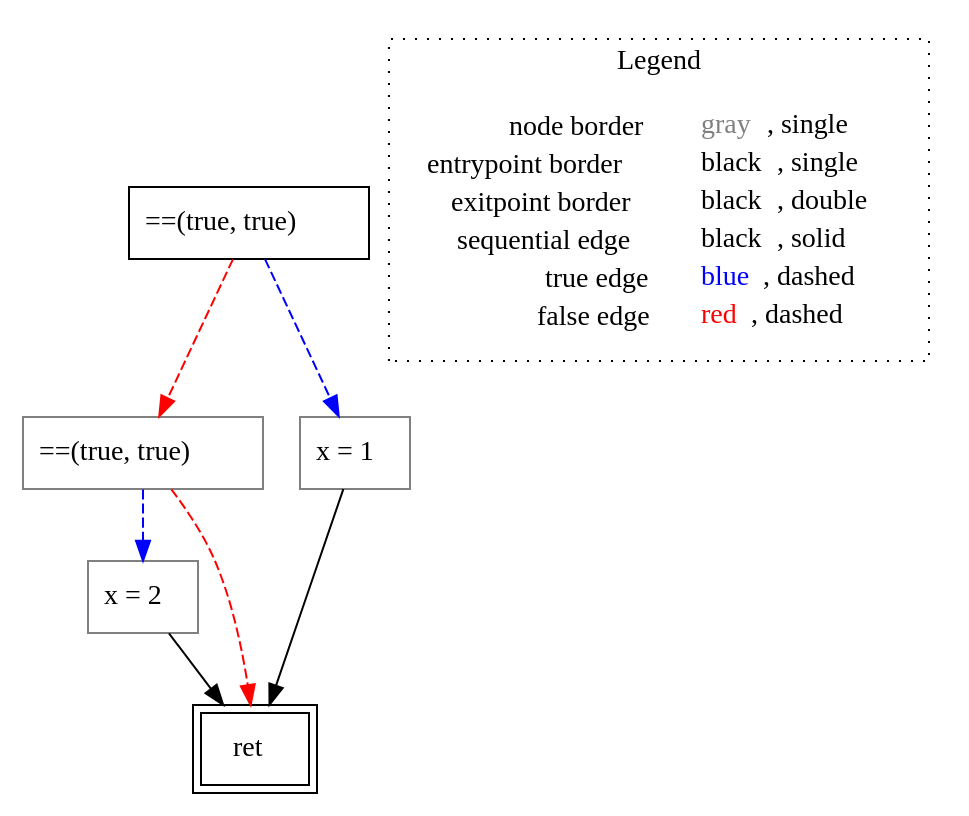
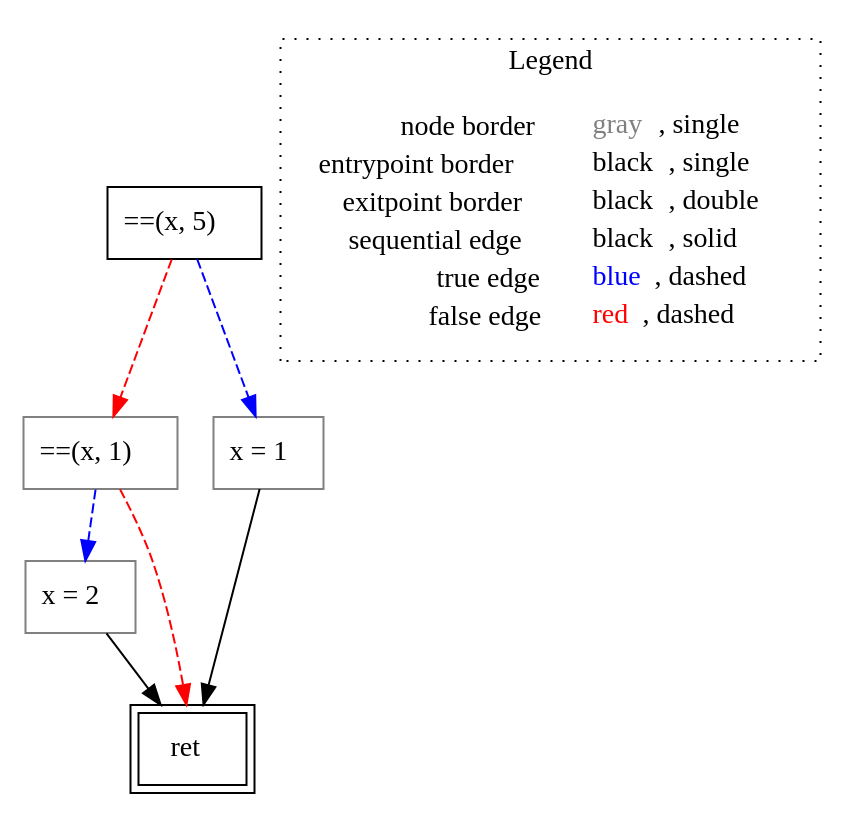
The diagram in rust-lisa/rust-testcases/cfg/if-elseif/untyped_rust-testcases_cfg_if-elseif_if-elseif.rs.main().dot (VincenzoArceri/rust-lisa), drawn with Graphviz before and after one commit. The commit also changed 6 other files, not shown here.

```diff
--- a/rust-lisa/rust-testcases/cfg/if-elseif/untyped_rust-testcases_cfg_if-elseif_if-elseif.rs.main().dot
+++ b/rust-lisa/rust-testcases/cfg/if-elseif/untyped_rust-testcases_cfg_if-elseif_if-elseif.rs.main().dot
@@ -1,20 +1,20 @@
 digraph {
-	"node0" [shape="rect",color="black",label=<==(true, true)>];
-	"node1" [shape="rect",color="gray",label=<==(true, true)>];
-	"node2" [shape="rect",color="gray",label=<x = 2>];
-	"node3" [shape="rect",color="black",peripheries="2",label=<ret>];
-	"node4" [shape="rect",color="gray",label=<x = 1>];
-	"node1" -> "node3" [color="red",style="dashed"];
-	"node1" -> "node2" [color="blue",style="dashed"];
-	"node2" -> "node3" [color="black"];
-	"node4" -> "node3" [color="black"];
-	"node0" -> "node1" [color="red",style="dashed"];
-	"node0" -> "node4" [color="blue",style="dashed"];
+	"node0" [shape="rect",color="black",label=<==(x, 5)>];
+	"node1" [shape="rect",color="gray",label=<x = 2>];
+	"node2" [shape="rect",color="gray",label=<==(x, 1)>];
+	"node3" [shape="rect",color="gray",label=<x = 1>];
+	"node4" [shape="rect",color="black",peripheries="2",label=<ret>];
+	"node1" -> "node4" [color="black"];
+	"node2" -> "node1" [color="blue",style="dashed"];
+	"node2" -> "node4" [color="red",style="dashed"];
+	"node3" -> "node4" [color="black"];
+	"node0" -> "node2" [color="red",style="dashed"];
+	"node0" -> "node3" [color="blue",style="dashed"];
 subgraph cluster_legend {
 	label="Legend";
 	style=dotted;
 	node [shape=plaintext];
 	"legend" [label=<<table border="0" cellpadding="2" cellspacing="0" cellborder="0"><tr><td align="right">node border&nbsp;</td><td align="left"><font color="gray">gray</font>, single</td></tr><tr><td align="right">entrypoint border&nbsp;</td><td align="left"><font color="black">black</font>, single</td></tr><tr><td align="right">exitpoint border&nbsp;</td><td align="left"><font color="black">black</font>, double</td></tr><tr><td align="right">sequential edge&nbsp;</td><td align="left"><font color="black">black</font>, solid</td></tr><tr><td align="right">true edge&nbsp;</td><td align="left"><font color="blue">blue</font>, dashed</td></tr><tr><td align="right">false edge&nbsp;</td><td align="left"><font color="red">red</font>, dashed</td></tr></table>>];
 }
 
 }
```
